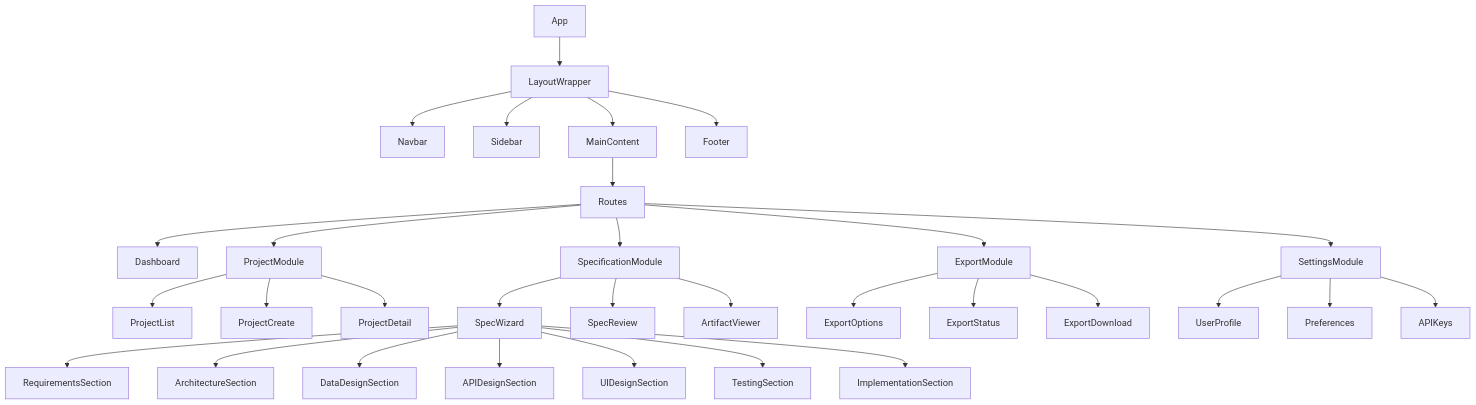
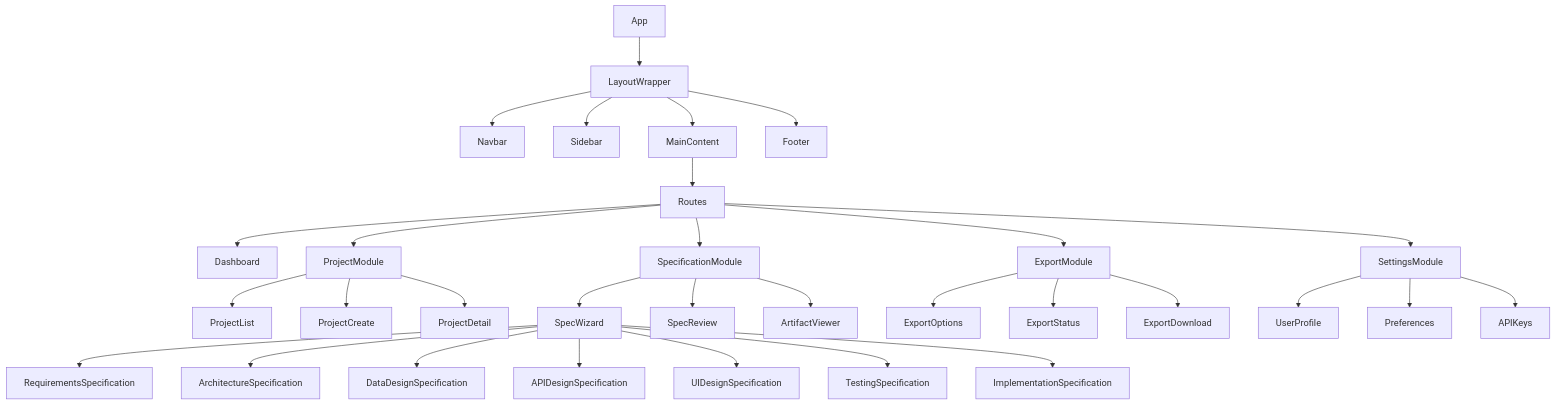
Before and after one commit to TheDarkSkyXD/arch-spec-site: the second of 9 diagrams in archspec-docs/full-specs/archspec-implementation-docs.md, drawn with Mermaid. The commit also changed other lines of this file and 35 other files, not shown here.

````diff
--- a/archspec-docs/full-specs/archspec-implementation-docs.md
+++ b/archspec-docs/full-specs/archspec-implementation-docs.md
@@ -619,39 +619,39 @@
 ```mermaid
 graph TD
     App --> LayoutWrapper
     LayoutWrapper --> Navbar
     LayoutWrapper --> Sidebar
     LayoutWrapper --> MainContent
     LayoutWrapper --> Footer
-    
+
     MainContent --> Routes
     Routes --> Dashboard
     Routes --> ProjectModule
     Routes --> SpecificationModule
     Routes --> ExportModule
     Routes --> SettingsModule
-    
+
     ProjectModule --> ProjectList
     ProjectModule --> ProjectCreate
     ProjectModule --> ProjectDetail
-    
+
     SpecificationModule --> SpecWizard
-    SpecWizard --> RequirementsSection
-    SpecWizard --> ArchitectureSection
-    SpecWizard --> DataDesignSection
-    SpecWizard --> APIDesignSection
-    SpecWizard --> UIDesignSection
-    SpecWizard --> TestingSection
-    SpecWizard --> ImplementationSection
-    
+    SpecWizard --> RequirementsSpecification
+    SpecWizard --> ArchitectureSpecification
+    SpecWizard --> DataDesignSpecification
+    SpecWizard --> APIDesignSpecification
+    SpecWizard --> UIDesignSpecification
+    SpecWizard --> TestingSpecification
+    SpecWizard --> ImplementationSpecification
+
     SpecificationModule --> SpecReview
     SpecificationModule --> ArtifactViewer
-    
+
     ExportModule --> ExportOptions
     ExportModule --> ExportStatus
     ExportModule --> ExportDownload
-    
+
     SettingsModule --> UserProfile
     SettingsModule --> Preferences
     SettingsModule --> APIKeys
 ```
````
